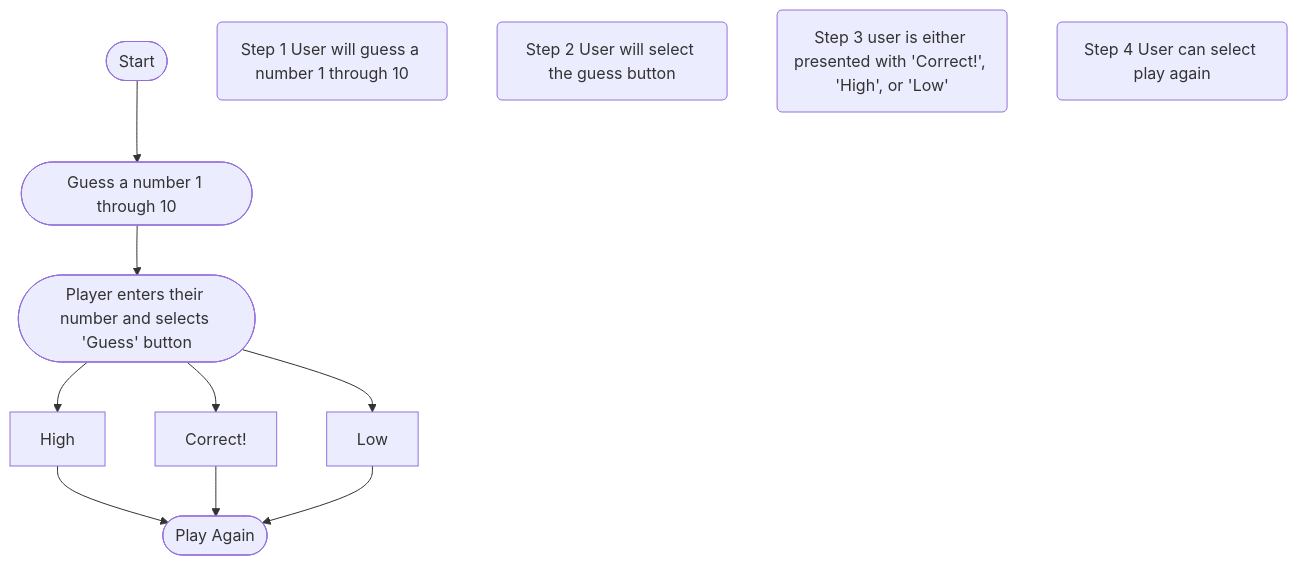
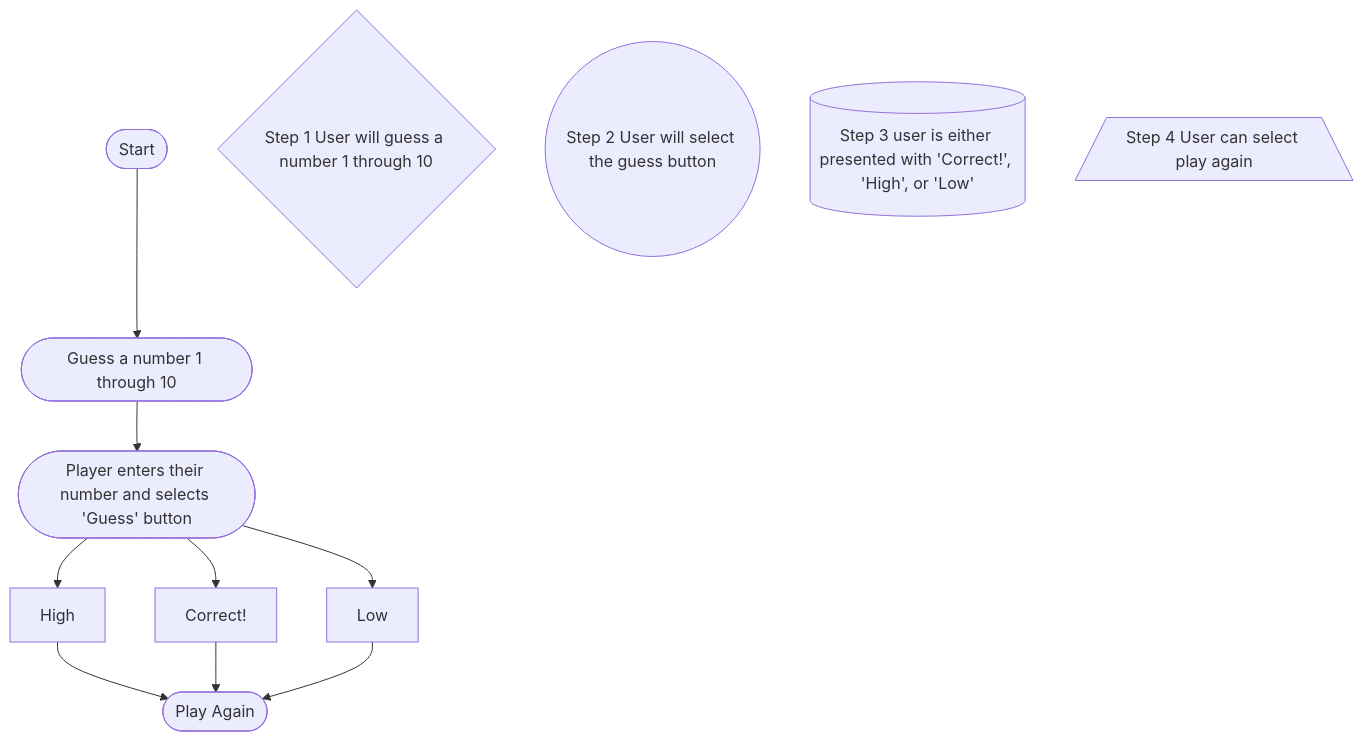
Before and after one commit to slaucks/slaucks.github.io: the diagram in Guessing.md, drawn with Mermaid.

````diff
--- a/Guessing.md
+++ b/Guessing.md
@@ -1,14 +1,14 @@
 ```mermaid
 flowchart TD
  Start([Start]) --> id1([Guess a number 1 through 10]) --> id2([Player enters their number and selects 'Guess' button])
 id2 --> High --> id3([Play Again])
 id2 --> Correct! --> id3([Play Again])
 id2 --> Low --> id3([Play Again])
 
 Start([Start])
-id4(Step 1 User will guess a number 1 through 10)
-id5(Step 2 User will select the guess button)
-id6(Step 3 user is either presented with 'Correct!', 'High', or 'Low')
-id7(Step 4 User can select play again)
+id4{Step 1 User will guess a number 1 through 10}
+id5((Step 2 User will select the guess button))
+id6[(Step 3 user is either presented with 'Correct!', 'High', or 'Low')]
+id7[/Step 4 User can select play again\]
 
 ```
````
